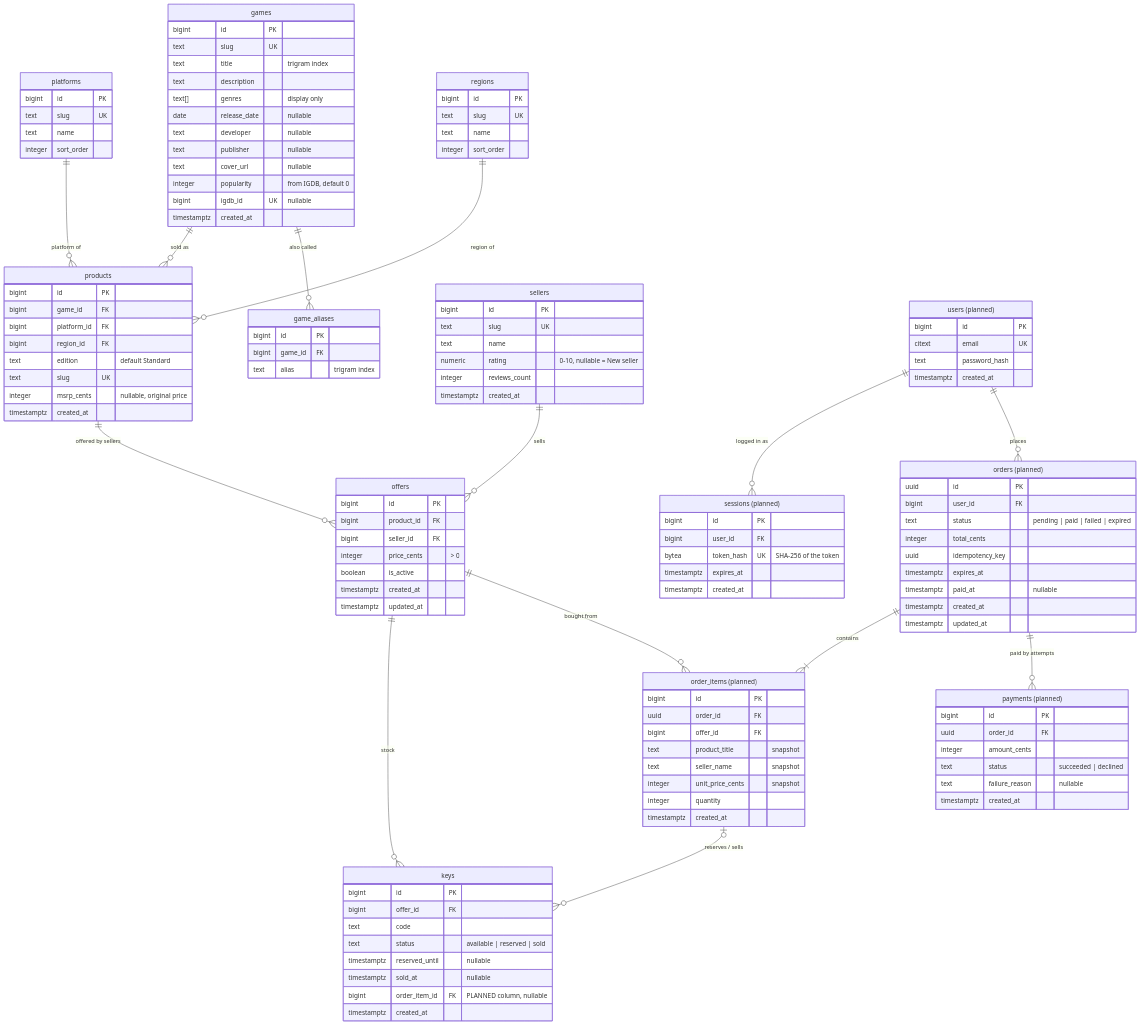
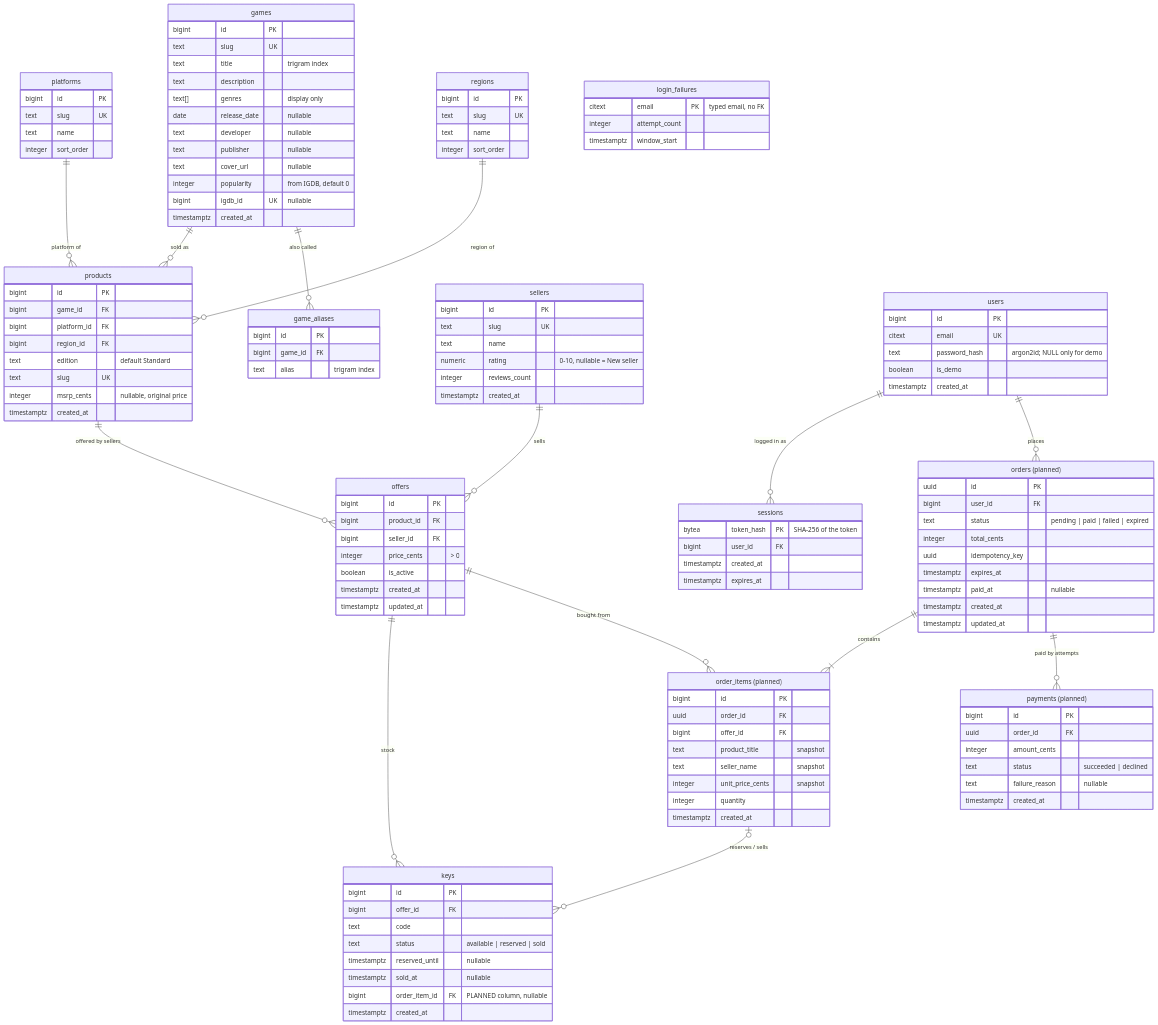
One commit to dovydas472/ENEBA-homework changed the first of 3 diagrams in docs/DATA_MODEL.md. Above: the diagram before and after it, drawn with Mermaid. The commit also changed other lines of this file and 3 other files, not shown here.

```diff
--- a/docs/DATA_MODEL.md
+++ b/docs/DATA_MODEL.md
@@ -96,18 +97,23 @@
         bigint order_item_id FK "PLANNED column, nullable"
         timestamptz created_at
     }
-    users["users (planned)"] {
+    users {
         bigint id PK
         citext email UK
-        text password_hash
+        text password_hash "argon2id; NULL only for demo"
+        boolean is_demo
         timestamptz created_at
     }
-    sessions["sessions (planned)"] {
-        bigint id PK
+    sessions {
+        bytea token_hash PK "SHA-256 of the token"
         bigint user_id FK
-        bytea token_hash UK "SHA-256 of the token"
+        timestamptz created_at
         timestamptz expires_at
-        timestamptz created_at
+    }
+    login_failures {
+        citext email PK "typed email, no FK"
+        integer attempt_count
+        timestamptz window_start
     }
     orders["orders (planned)"] {
         uuid id PK
```
